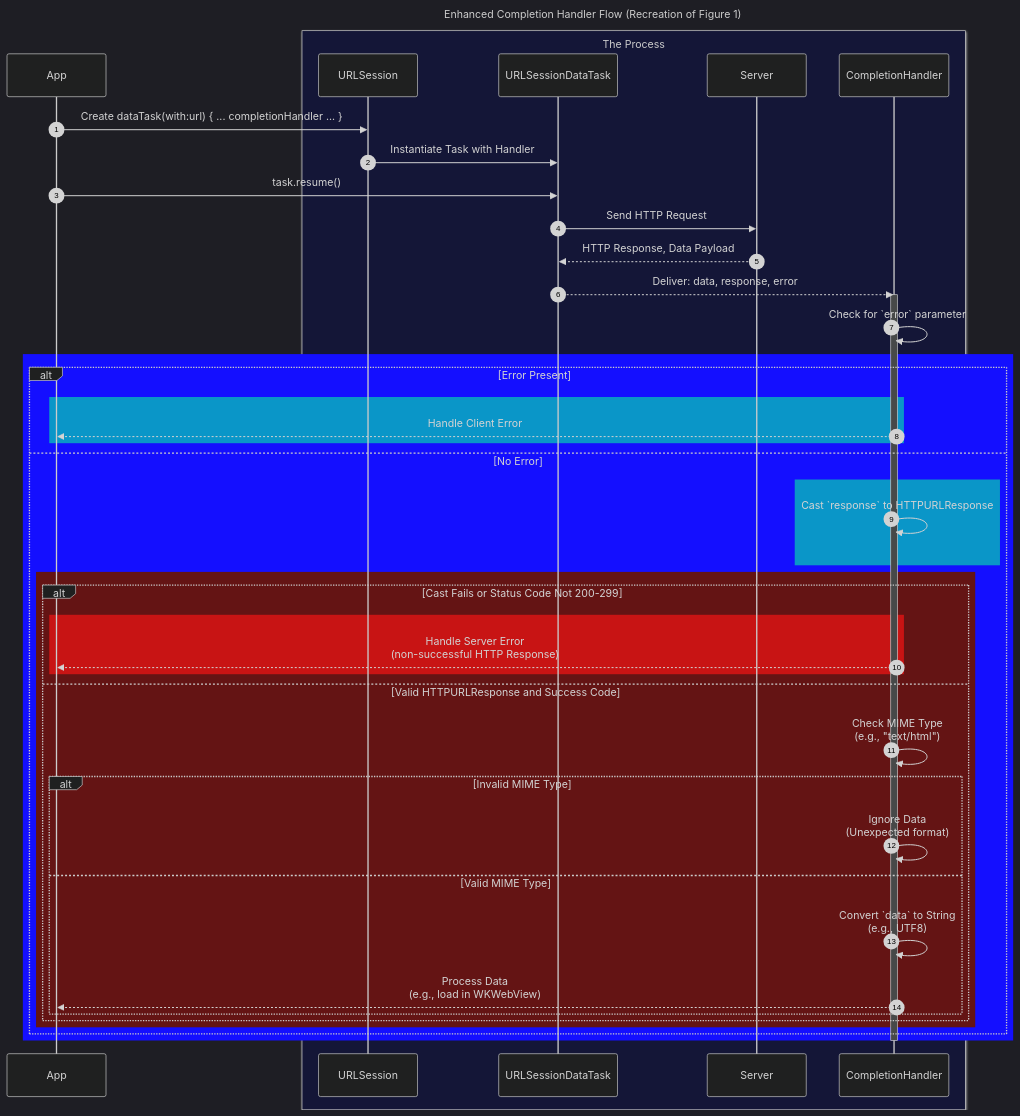
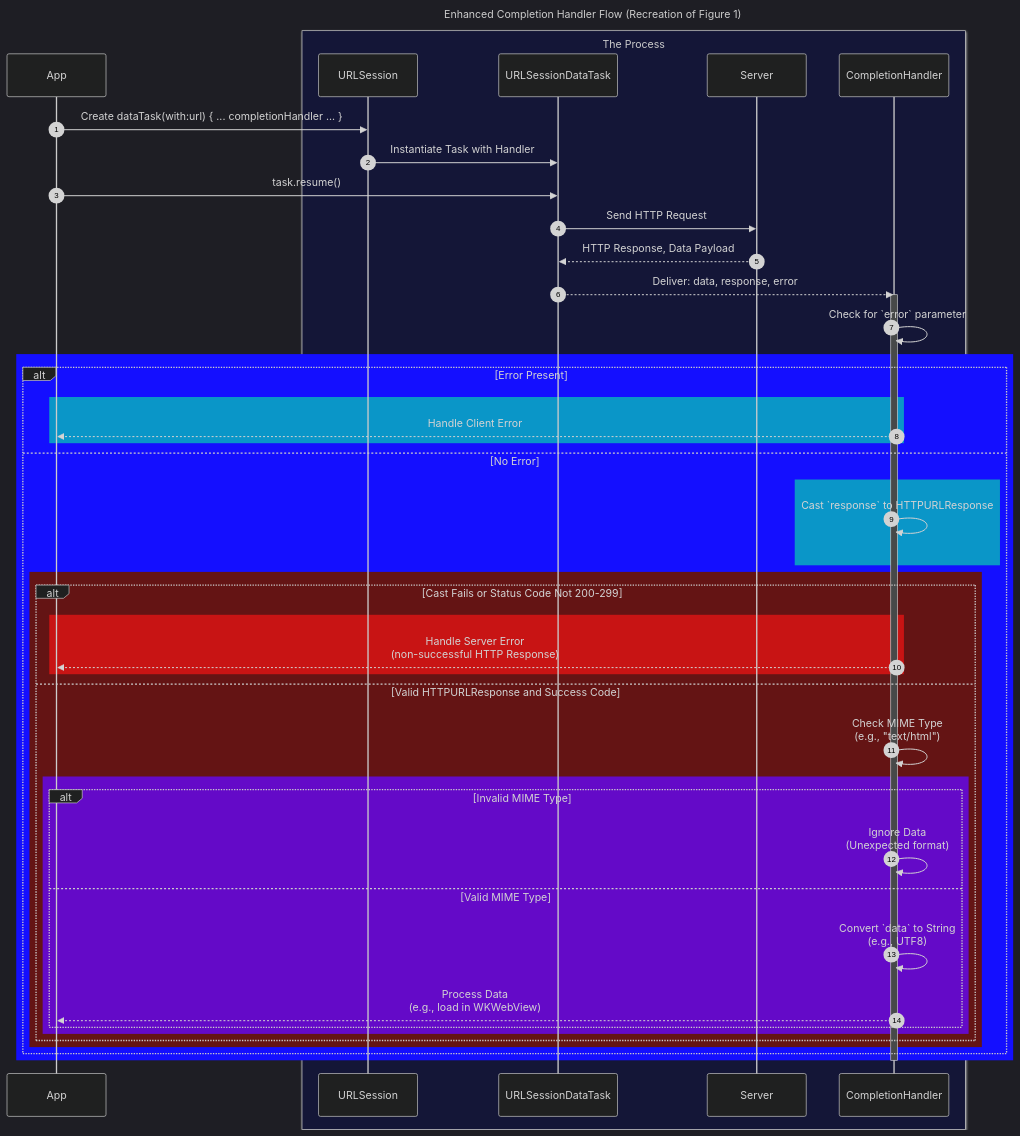
One commit to CongLeSolutionX/iOS-development-vault changed the third of 5 diagrams in WEB_TECH/Fetching_website_data_into_memory/Fetching_website_data_into_memory_V2.md. Above: the diagram before and after it, drawn with Mermaid.

Commit message:
update notes

````diff
--- a/WEB_TECH/Fetching_website_data_into_memory/Fetching_website_data_into_memory_V2.md
+++ b/WEB_TECH/Fetching_website_data_into_memory/Fetching_website_data_into_memory_V2.md
@@ -128,58 +128,60 @@
 ```mermaid
 ---
 title: Enhanced Completion Handler Flow (Recreation of Figure 1)
 config:
   layout: elk
   look: handDrawn
   theme: dark
 ---
 sequenceDiagram
     autonumber
     participant App
     
     box rgb(20, 22, 55) The Process
         participant URLSession
         participant URLSessionDataTask
         participant Server
         participant CompletionHandler
     end
 
     App->>URLSession: Create dataTask(with:url) { ... completionHandler ... }
     URLSession->>URLSessionDataTask: Instantiate Task with Handler
     App->>URLSessionDataTask: task.resume()
     URLSessionDataTask->>Server: Send HTTP Request
     Server-->>URLSessionDataTask: HTTP Response, Data Payload
     URLSessionDataTask-->>CompletionHandler: Deliver: data, response, error
 
     activate CompletionHandler
     CompletionHandler->>CompletionHandler: Check for `error` parameter
     
     rect rgb(20, 15, 255)
     alt Error Present
         rect rgb(10, 150, 200)
         CompletionHandler-->>App: Handle Client Error
         end
     else No Error
         rect rgb(10, 150, 200)
         CompletionHandler->>CompletionHandler: Cast `response` to HTTPURLResponse
         end
         rect rgb(100, 20, 20)
         alt Cast Fails or Status Code Not 200-299
             rect rgb(200, 20, 20)
             CompletionHandler-->>App: Handle Server Error<br>(non-successful HTTP Response)
             end
         else Valid HTTPURLResponse and Success Code
             CompletionHandler->>CompletionHandler: Check MIME Type<br>(e.g., "text/html")
+            rect rgb(100, 10, 200)
             alt Invalid MIME Type
                 CompletionHandler->>CompletionHandler: Ignore Data<br>(Unexpected format)
             else Valid MIME Type
                 CompletionHandler->>CompletionHandler: Convert `data` to String<br>(e.g., UTF8)
                 CompletionHandler-->>App: Process Data<br>(e.g., load in WKWebView)
             end
+            end
         end
         end
     end
     end
     deactivate CompletionHandler
-       
+          
 ```
````
